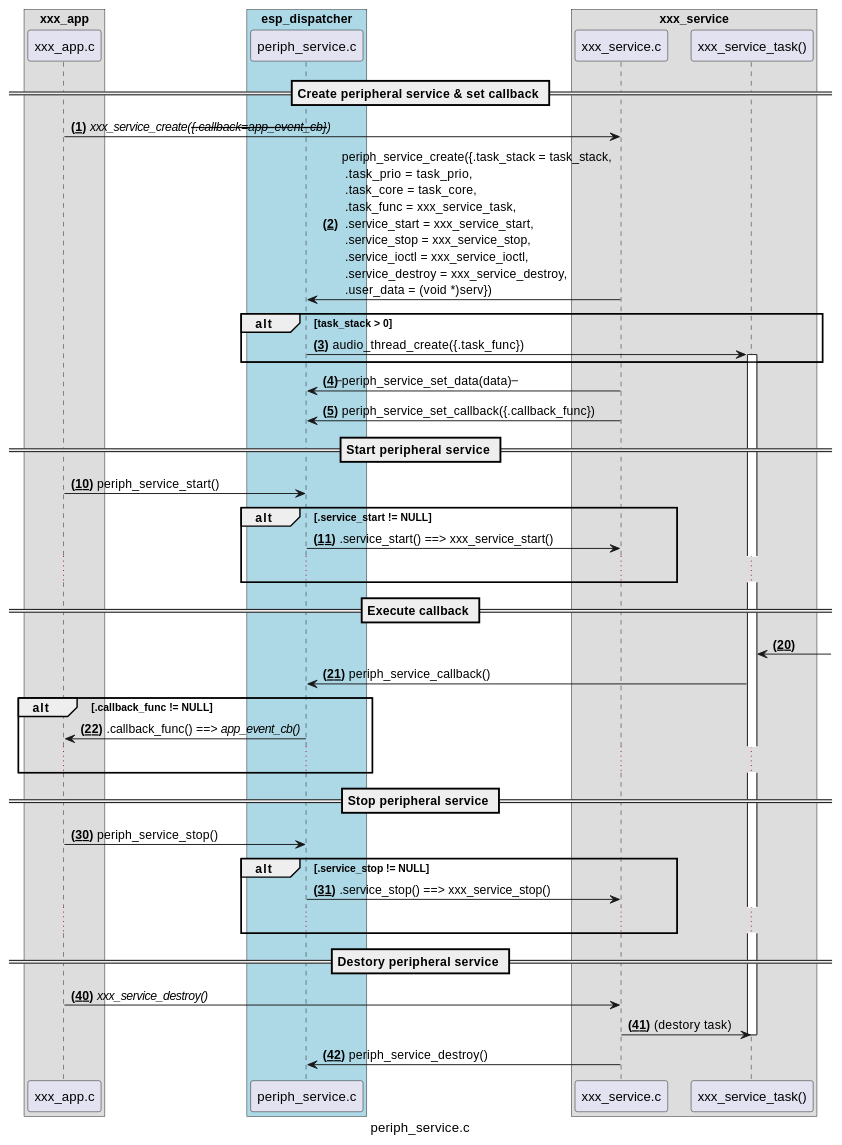
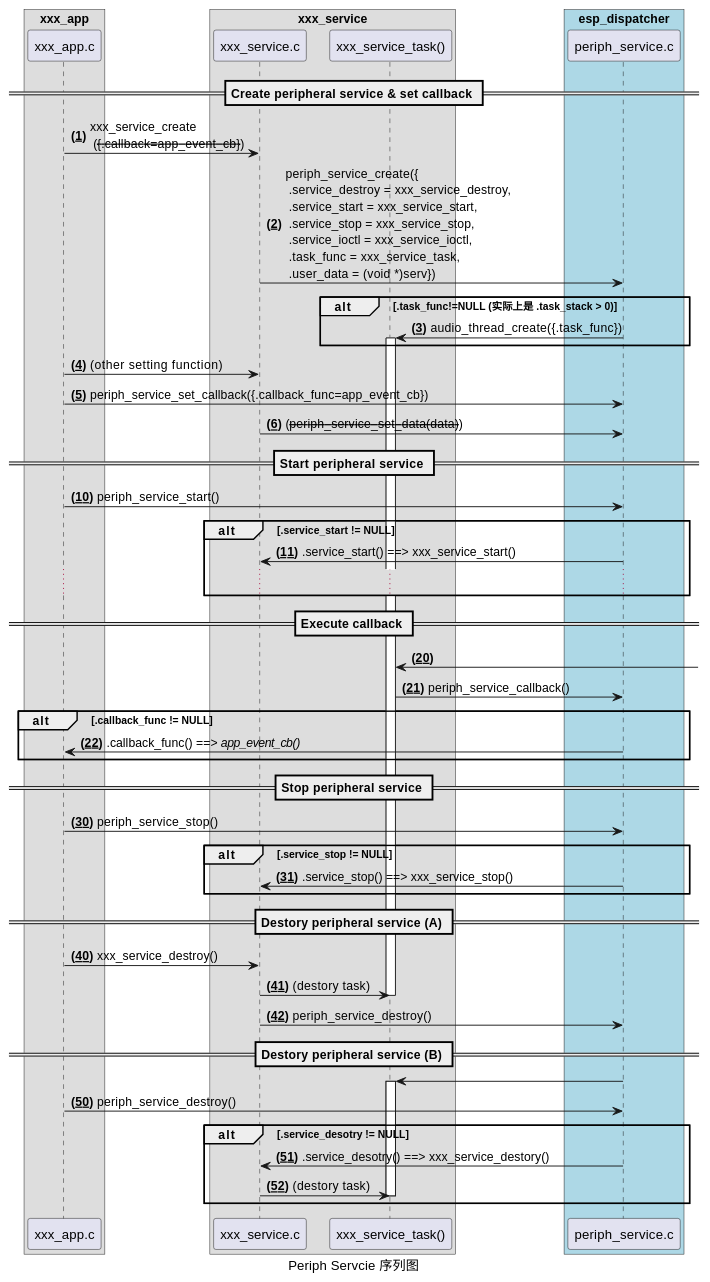
One commit to liangzhu2008/learn-esp-adf changed the second of 3 diagrams in docs/inside-dispatcher/periph_service.rst. Above: the diagram before and after it, drawn with PlantUML. The commit also changed other lines of this file and 10 other files, not shown here.

Commit message:
为 periph_service 加入类图，序列图，流程说明，及与外设子服务的映射关系

```diff
--- a/docs/inside-dispatcher/periph_service.rst
+++ b/docs/inside-dispatcher/periph_service.rst
@@ -39,61 +72,72 @@
 .. uml::
 
-    caption periph_service.c
+    caption Periph Servcie 序列图
 
     box "xxx_app"
     participant "xxx_app.c"         as adf_app  order 10
     end box
 
-    box "esp_dispatcher" #LightBlue
-    participant "periph_service.c"  as periph_service  order 10
+    box "xxx_service" 
+    participant "xxx_service.c"   as xxx_service  order 20
+    participant "xxx_service_task()" as service_task  order 30
     end box
 
-    box "xxx_service" 
-    participant "xxx_service.c"   as xxx_service  order 30
-    participant "xxx_service_task()" as service_task  order 40
+    box "esp_dispatcher" #LightBlue
+    participant "periph_service.c"  as periph_service  order 40
     end box
       
     == Create peripheral service & set callback ==
     autonumber 1 "<b>(<u>##</u>)"
-    adf_app        -> xxx_service : //xxx_service_create(--{.callback=app_event_cb}--)//
-    periph_service <- xxx_service : periph_service_create({.task_stack = task_stack, \n .task_prio  = task_prio, \n .task_core  = task_core, \n .task_func  = xxx_service_task, \n .service_start = xxx_service_start, \n .service_stop = xxx_service_stop, \n .service_ioctl = xxx_service_ioctl, \n .service_destroy = xxx_service_destroy, \n .user_data = (void *)serv})
+    adf_app        -> xxx_service : xxx_service_create \n (--{.callback=app_event_cb}--)
+    xxx_service -> periph_service : periph_service_create({\n .service_destroy = xxx_service_destroy, \n .service_start = xxx_service_start, \n .service_stop = xxx_service_stop, \n .service_ioctl = xxx_service_ioctl, \n .task_func  = xxx_service_task, \n .user_data = (void *)serv})
 
-    alt task_stack > 0
+    alt .task_func!=NULL (实际上是 .task_stack > 0)
     periph_service -> service_task : audio_thread_create({.task_func})
     activate service_task
     end
 
-    periph_service <- xxx_service : --periph_service_set_data(data)--
-    periph_service <- xxx_service : periph_service_set_callback({.callback_func})
+    adf_app        -> xxx_service : (other setting function)
+    adf_app -> periph_service : periph_service_set_callback({.callback_func=app_event_cb})
+    xxx_service -> periph_service : (--periph_service_set_data(data)--)
 
     == Start peripheral service ==
     autonumber 10 "<b>(<u>##</u>)"
-    adf_app         -> periph_service : periph_service_start()
+    adf_app       -> periph_service : periph_service_start()
     alt .service_start != NULL
-    periph_service -> xxx_service : .service_start() ==> xxx_service_start()
+    xxx_service   <- periph_service : .service_start() ==> xxx_service_start()
     ...
     end
 
     == Execute callback ==
     autonumber 20 "<b>(<u>##</u>)"
     service_task    <-] 
     periph_service  <- service_task : periph_service_callback()
     alt .callback_func != NULL
-    adf_app         <- periph_service : .callback_func() ==> //app_event_cb()//
-    ...
+    adf_app       <- periph_service : .callback_func() ==> //app_event_cb()//
     end
 
     == Stop peripheral service ==
     autonumber 30 "<b>(<u>##</u>)"
     adf_app         -> periph_service : periph_service_stop()
     alt .service_stop != NULL
-    periph_service -> xxx_service : .service_stop() ==> xxx_service_stop()
-    ...
+    xxx_service     <- periph_service : .service_stop() ==> xxx_service_stop()
     end
 
-    == Destory peripheral service ==
+    == Destory peripheral service (A) ==
     autonumber 40 "<b>(<u>##</u>)"
-    adf_app        -> xxx_service : //xxx_service_destroy()//
+    adf_app        -> xxx_service : xxx_service_destroy()
     xxx_service    -> service_task : (destory task)
     deactivate service_task 
-    periph_service <- xxx_service : periph_service_destroy()
+    xxx_service  -> periph_service : periph_service_destroy()
+
+    == Destory peripheral service (B) ==
+    autonumber stop
+    periph_service -> service_task
+    activate service_task 
+    autonumber 50 "<b>(<u>##</u>)"
+    adf_app        -> periph_service : periph_service_destroy()
+    alt .service_desotry != NULL
+    xxx_service     <- periph_service : .service_desotry() ==> xxx_service_destory()    
+    xxx_service    -> service_task : (destory task)
+    deactivate service_task 
+    end
```
